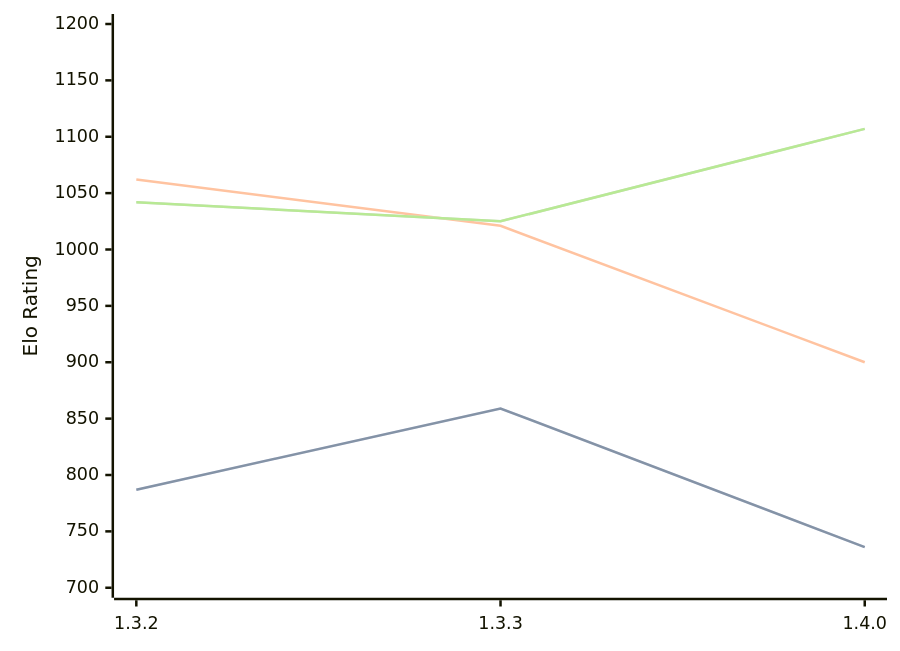
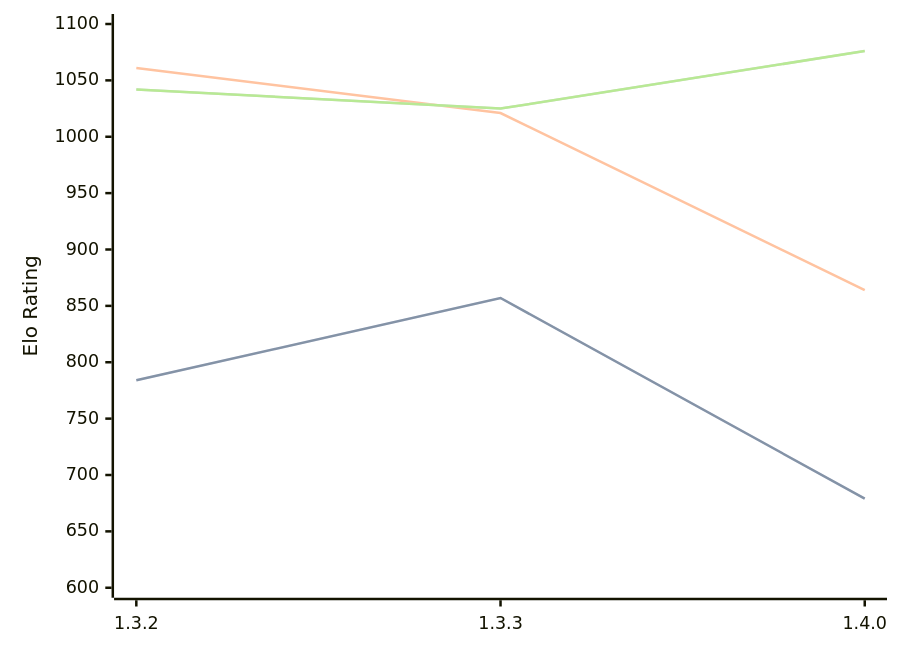
One commit to computer-chess-index/cci changed the diagram in engines/Whitespine.md. Above: the diagram before and after it, drawn with Mermaid. The commit also changed other lines of this file, not shown here.

Commit message:
Update CCI Ratings (ELO VLTC) - 2026-05-21

````diff
--- a/engines/Whitespine.md
+++ b/engines/Whitespine.md
@@ -36,11 +36,11 @@
 ```mermaid
 %%{init: {"theme":"base","themeVariables":{"seriesColors:['#a3a3a3','#222221','#faa371']}}}%%
 xychart-beta
   x-axis ["1.3.2", "1.3.3", "1.4.0"]
-  y-axis "Elo Rating" 700 --> 1200
-  line "STC (8.0+0.08s)" [787, 859, 736]
-  line "STC (8.0+0.08s)" [787, 859, 736]
-  line "LTC (60.0+0.60s)" [1062, 1021, 900]
-  line "VLTC (2m24s+1.12s)" [1042, 1025, 1107]
-  line "VLTC (2m24s+1.12s)" [1042, 1025, 1107]
+  y-axis "Elo Rating" 600 --> 1100
+  line "STC (8.0+0.08s)" [784, 857, 679]
+  line "STC (8.0+0.08s)" [784, 857, 679]
+  line "LTC (60.0+0.60s)" [1061, 1021, 864]
+  line "VLTC (2m24s+1.12s)" [1042, 1025, 1076]
+  line "VLTC (2m24s+1.12s)" [1042, 1025, 1076]
 ```
````
